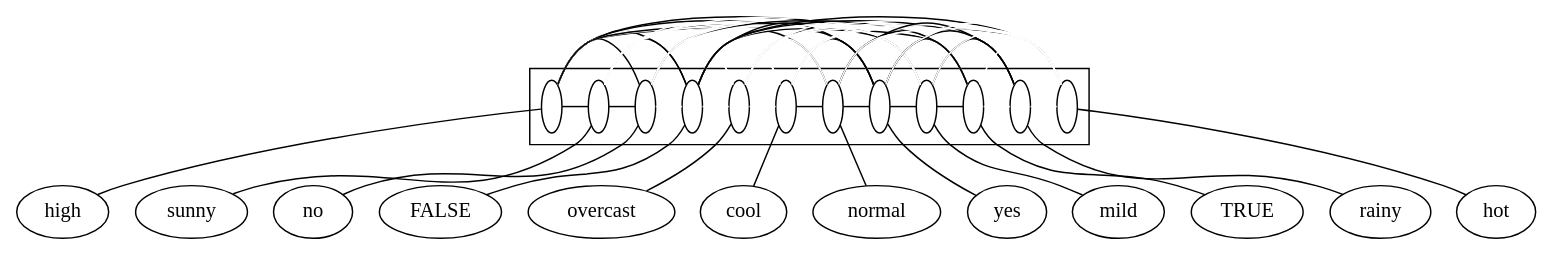
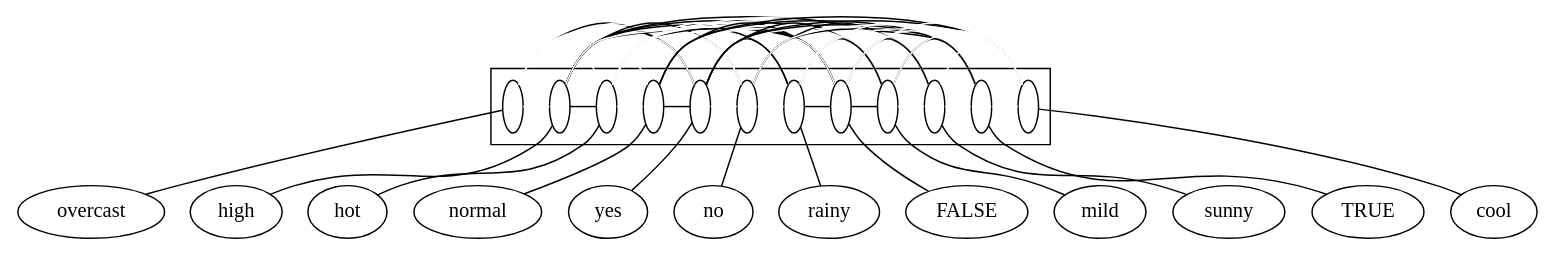
One commit to lrodrin/TFG changed the diagram in src/final/plain2-structure.dot. Above: the diagram before and after it, drawn with Graphviz. The commit also changed 10 other files, not shown here.

Commit message:
nova funció que engloba les dues funcions graphOptions i 2structureOptions. Amb dues crides a Graphviz, una pel graf i l'altre per a la 2-structura + proves

```diff
--- a/src/final/plain2-structure.dot
+++ b/src/final/plain2-structure.dot
@@ -1,112 +1,112 @@
 digraph G {
 compound=True;
+overcast;
 high;
-sunny;
-no;
-FALSE;
-overcast;
-cool;
+hot;
 normal;
 yes;
+no;
+rainy;
+FALSE;
 mild;
+sunny;
 TRUE;
-rainy;
-hot;
-subgraph cluster_FALSErainyyeshighnormalcoolTRUEnomildhotovercastsunny {
-s_high [fillcolor=white, fixedsize=True, width=0.2, label=" "];
-s_sunny [fillcolor=white, fixedsize=True, width=0.2, label=" "];
-s_no [fillcolor=white, fixedsize=True, width=0.2, label=" "];
-s_FALSE [fillcolor=white, fixedsize=True, width=0.2, label=" "];
-s_overcast [fillcolor=white, fixedsize=True, width=0.2, label=" "];
-s_cool [fillcolor=white, fixedsize=True, width=0.2, label=" "];
-s_normal [fillcolor=white, fixedsize=True, width=0.2, label=" "];
-s_yes [fillcolor=white, fixedsize=True, width=0.2, label=" "];
-s_mild [fillcolor=white, fixedsize=True, width=0.2, label=" "];
-s_TRUE [fillcolor=white, fixedsize=True, width=0.2, label=" "];
-s_rainy [fillcolor=white, fixedsize=True, width=0.2, label=" "];
-s_hot [fillcolor=white, fixedsize=True, width=0.2, label=" "];
+cool;
+subgraph cluster_sunnyovercasthotmildnoTRUEyesrainyhighFALSEcoolnormal {
+s_overcast [fillcolor=white, label=" ", fixedsize=True, width=0.2];
+s_high [fillcolor=white, label=" ", fixedsize=True, width=0.2];
+s_hot [fillcolor=white, label=" ", fixedsize=True, width=0.2];
+s_normal [fillcolor=white, label=" ", fixedsize=True, width=0.2];
+s_yes [fillcolor=white, label=" ", fixedsize=True, width=0.2];
+s_no [fillcolor=white, label=" ", fixedsize=True, width=0.2];
+s_rainy [fillcolor=white, label=" ", fixedsize=True, width=0.2];
+s_FALSE [fillcolor=white, label=" ", fixedsize=True, width=0.2];
+s_mild [fillcolor=white, label=" ", fixedsize=True, width=0.2];
+s_sunny [fillcolor=white, label=" ", fixedsize=True, width=0.2];
+s_TRUE [fillcolor=white, label=" ", fixedsize=True, width=0.2];
+s_cool [fillcolor=white, label=" ", fixedsize=True, width=0.2];
 subgraph  {
 rank=same;
-s_high -> s_sunny  [arrowhead=none, color=black];
-s_high -> s_no  [arrowhead=none, color=black];
-s_high -> s_FALSE  [arrowhead=none, color=black];
-s_high -> s_overcast  [arrowhead=none, color=white];
-s_high -> s_cool  [arrowhead=none, color=white];
-s_high -> s_normal  [arrowhead=none, color=white];
-s_high -> s_yes  [arrowhead=none, color=black];
-s_high -> s_mild  [arrowhead=none, color=black];
-s_high -> s_TRUE  [arrowhead=none, color=black];
-s_high -> s_rainy  [arrowhead=none, color=white];
-s_high -> s_hot  [arrowhead=none, color=black];
-s_sunny -> s_no  [arrowhead=none, color=black];
-s_sunny -> s_FALSE  [arrowhead=none, color=black];
-s_sunny -> s_overcast  [arrowhead=none, color=white];
-s_sunny -> s_cool  [arrowhead=none, color=white];
-s_sunny -> s_normal  [arrowhead=none, color=white];
-s_sunny -> s_yes  [arrowhead=none, color=white];
-s_sunny -> s_mild  [arrowhead=none, color=white];
-s_sunny -> s_TRUE  [arrowhead=none, color=white];
-s_sunny -> s_rainy  [arrowhead=none, color=white];
-s_sunny -> s_hot  [arrowhead=none, color=white];
-s_no -> s_FALSE  [arrowhead=none, color=white];
-s_no -> s_overcast  [arrowhead=none, color=white];
-s_no -> s_cool  [arrowhead=none, color=white];
-s_no -> s_normal  [arrowhead=none, color=white];
-s_no -> s_yes  [arrowhead=none, color=white];
-s_no -> s_mild  [arrowhead=none, color=white];
-s_no -> s_TRUE  [arrowhead=none, color=black];
-s_no -> s_rainy  [arrowhead=none, color=white];
-s_no -> s_hot  [arrowhead=none, color=white];
-s_FALSE -> s_overcast  [arrowhead=none, color=white];
-s_FALSE -> s_cool  [arrowhead=none, color=white];
-s_FALSE -> s_normal  [arrowhead=none, color=black];
-s_FALSE -> s_yes  [arrowhead=none, color=black];
-s_FALSE -> s_mild  [arrowhead=none, color=black];
-s_FALSE -> s_TRUE  [arrowhead=none, color=white];
-s_FALSE -> s_rainy  [arrowhead=none, color=black];
-s_FALSE -> s_hot  [arrowhead=none, color=black];
-s_overcast -> s_cool  [arrowhead=none, color=white];
-s_overcast -> s_normal  [arrowhead=none, color=white];
-s_overcast -> s_yes  [arrowhead=none, color=black];
-s_overcast -> s_mild  [arrowhead=none, color=white];
-s_overcast -> s_TRUE  [arrowhead=none, color=white];
-s_overcast -> s_rainy  [arrowhead=none, color=white];
-s_overcast -> s_hot  [arrowhead=none, color=white];
-s_cool -> s_normal  [arrowhead=none, color=black];
-s_cool -> s_yes  [arrowhead=none, color=black];
-s_cool -> s_mild  [arrowhead=none, color=white];
-s_cool -> s_TRUE  [arrowhead=none, color=white];
-s_cool -> s_rainy  [arrowhead=none, color=white];
-s_cool -> s_hot  [arrowhead=none, color=white];
-s_normal -> s_yes  [arrowhead=none, color=black];
-s_normal -> s_mild  [arrowhead=none, color=white];
-s_normal -> s_TRUE  [arrowhead=none, color=black];
-s_normal -> s_rainy  [arrowhead=none, color=black];
-s_normal -> s_hot  [arrowhead=none, color=white];
-s_yes -> s_mild  [arrowhead=none, color=black];
-s_yes -> s_TRUE  [arrowhead=none, color=black];
-s_yes -> s_rainy  [arrowhead=none, color=black];
-s_yes -> s_hot  [arrowhead=none, color=white];
-s_mild -> s_TRUE  [arrowhead=none, color=black];
-s_mild -> s_rainy  [arrowhead=none, color=black];
-s_mild -> s_hot  [arrowhead=none, color=white];
-s_TRUE -> s_rainy  [arrowhead=none, color=white];
-s_TRUE -> s_hot  [arrowhead=none, color=white];
-s_rainy -> s_hot  [arrowhead=none, color=white];
+s_overcast -> s_high  [color=white, arrowhead=none];
+s_overcast -> s_hot  [color=white, arrowhead=none];
+s_overcast -> s_normal  [color=white, arrowhead=none];
+s_overcast -> s_yes  [color=black, arrowhead=none];
+s_overcast -> s_no  [color=white, arrowhead=none];
+s_overcast -> s_rainy  [color=white, arrowhead=none];
+s_overcast -> s_FALSE  [color=white, arrowhead=none];
+s_overcast -> s_mild  [color=white, arrowhead=none];
+s_overcast -> s_sunny  [color=white, arrowhead=none];
+s_overcast -> s_TRUE  [color=white, arrowhead=none];
+s_overcast -> s_cool  [color=white, arrowhead=none];
+s_high -> s_hot  [color=black, arrowhead=none];
+s_high -> s_normal  [color=white, arrowhead=none];
+s_high -> s_yes  [color=black, arrowhead=none];
+s_high -> s_no  [color=black, arrowhead=none];
+s_high -> s_rainy  [color=white, arrowhead=none];
+s_high -> s_FALSE  [color=black, arrowhead=none];
+s_high -> s_mild  [color=black, arrowhead=none];
+s_high -> s_sunny  [color=black, arrowhead=none];
+s_high -> s_TRUE  [color=black, arrowhead=none];
+s_high -> s_cool  [color=white, arrowhead=none];
+s_hot -> s_normal  [color=white, arrowhead=none];
+s_hot -> s_yes  [color=white, arrowhead=none];
+s_hot -> s_no  [color=white, arrowhead=none];
+s_hot -> s_rainy  [color=white, arrowhead=none];
+s_hot -> s_FALSE  [color=black, arrowhead=none];
+s_hot -> s_mild  [color=white, arrowhead=none];
+s_hot -> s_sunny  [color=white, arrowhead=none];
+s_hot -> s_TRUE  [color=white, arrowhead=none];
+s_hot -> s_cool  [color=white, arrowhead=none];
+s_normal -> s_yes  [color=black, arrowhead=none];
+s_normal -> s_no  [color=white, arrowhead=none];
+s_normal -> s_rainy  [color=black, arrowhead=none];
+s_normal -> s_FALSE  [color=black, arrowhead=none];
+s_normal -> s_mild  [color=white, arrowhead=none];
+s_normal -> s_sunny  [color=white, arrowhead=none];
+s_normal -> s_TRUE  [color=black, arrowhead=none];
+s_normal -> s_cool  [color=black, arrowhead=none];
+s_yes -> s_no  [color=white, arrowhead=none];
+s_yes -> s_rainy  [color=black, arrowhead=none];
+s_yes -> s_FALSE  [color=black, arrowhead=none];
+s_yes -> s_mild  [color=black, arrowhead=none];
+s_yes -> s_sunny  [color=white, arrowhead=none];
+s_yes -> s_TRUE  [color=black, arrowhead=none];
+s_yes -> s_cool  [color=black, arrowhead=none];
+s_no -> s_rainy  [color=white, arrowhead=none];
+s_no -> s_FALSE  [color=white, arrowhead=none];
+s_no -> s_mild  [color=white, arrowhead=none];
+s_no -> s_sunny  [color=black, arrowhead=none];
+s_no -> s_TRUE  [color=black, arrowhead=none];
+s_no -> s_cool  [color=white, arrowhead=none];
+s_rainy -> s_FALSE  [color=black, arrowhead=none];
+s_rainy -> s_mild  [color=black, arrowhead=none];
+s_rainy -> s_sunny  [color=white, arrowhead=none];
+s_rainy -> s_TRUE  [color=white, arrowhead=none];
+s_rainy -> s_cool  [color=white, arrowhead=none];
+s_FALSE -> s_mild  [color=black, arrowhead=none];
+s_FALSE -> s_sunny  [color=black, arrowhead=none];
+s_FALSE -> s_TRUE  [color=white, arrowhead=none];
+s_FALSE -> s_cool  [color=white, arrowhead=none];
+s_mild -> s_sunny  [color=white, arrowhead=none];
+s_mild -> s_TRUE  [color=black, arrowhead=none];
+s_mild -> s_cool  [color=white, arrowhead=none];
+s_sunny -> s_TRUE  [color=white, arrowhead=none];
+s_sunny -> s_cool  [color=white, arrowhead=none];
+s_TRUE -> s_cool  [color=white, arrowhead=none];
 }
 
 }
 
+s_overcast -> overcast  [arrowhead=none];
 s_high -> high  [arrowhead=none];
-s_sunny -> sunny  [arrowhead=none];
-s_no -> no  [arrowhead=none];
-s_FALSE -> FALSE  [arrowhead=none];
-s_overcast -> overcast  [arrowhead=none];
-s_cool -> cool  [arrowhead=none];
+s_hot -> hot  [arrowhead=none];
 s_normal -> normal  [arrowhead=none];
 s_yes -> yes  [arrowhead=none];
+s_no -> no  [arrowhead=none];
+s_rainy -> rainy  [arrowhead=none];
+s_FALSE -> FALSE  [arrowhead=none];
 s_mild -> mild  [arrowhead=none];
+s_sunny -> sunny  [arrowhead=none];
 s_TRUE -> TRUE  [arrowhead=none];
-s_rainy -> rainy  [arrowhead=none];
-s_hot -> hot  [arrowhead=none];
+s_cool -> cool  [arrowhead=none];
 }
```
